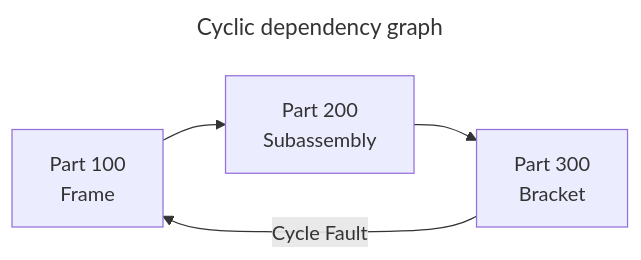
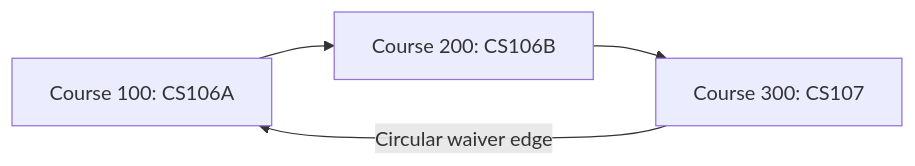
Before and after one commit to VineethChivukula/dedocs: the third of 3 diagrams in content/sql/recursive-queries-and-graph-traversals.md, drawn with Mermaid. The commit also changed other lines of this file and 26 other files, not shown here.

````diff
--- a/content/sql/recursive-queries-and-graph-traversals.md
+++ b/content/sql/recursive-queries-and-graph-traversals.md
@@ -180,9 +214,6 @@
 ```mermaid
----
-title: Cyclic dependency graph
----
 flowchart LR
-    N1["Part 100<br/>Frame"] --> N2["Part 200<br/>Subassembly"]
-    N2 --> N3["Part 300<br/>Bracket"]
-    N3 -->|Cycle Fault| N1
+    N1["Course 100: CS106A"] --> N2["Course 200: CS106B"]
+    N2 --> N3["Course 300: CS107"]
+    N3 -->|Circular waiver edge| N1
 ```
````
